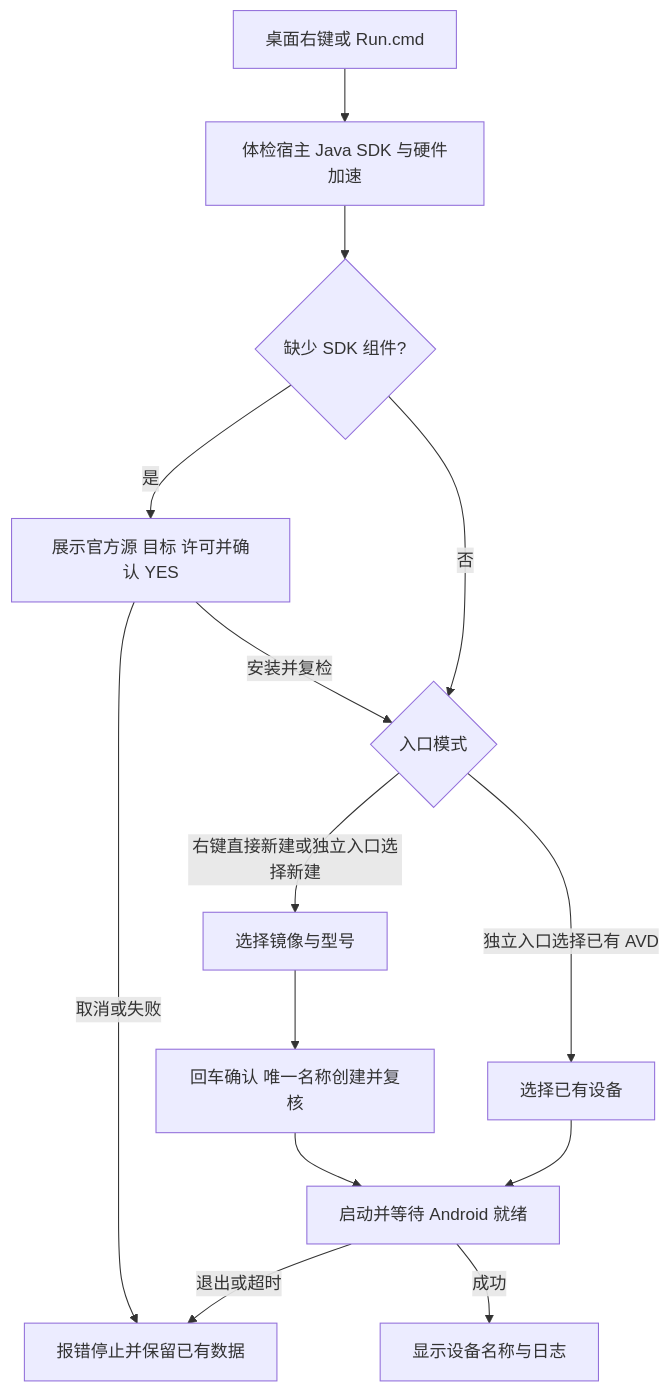
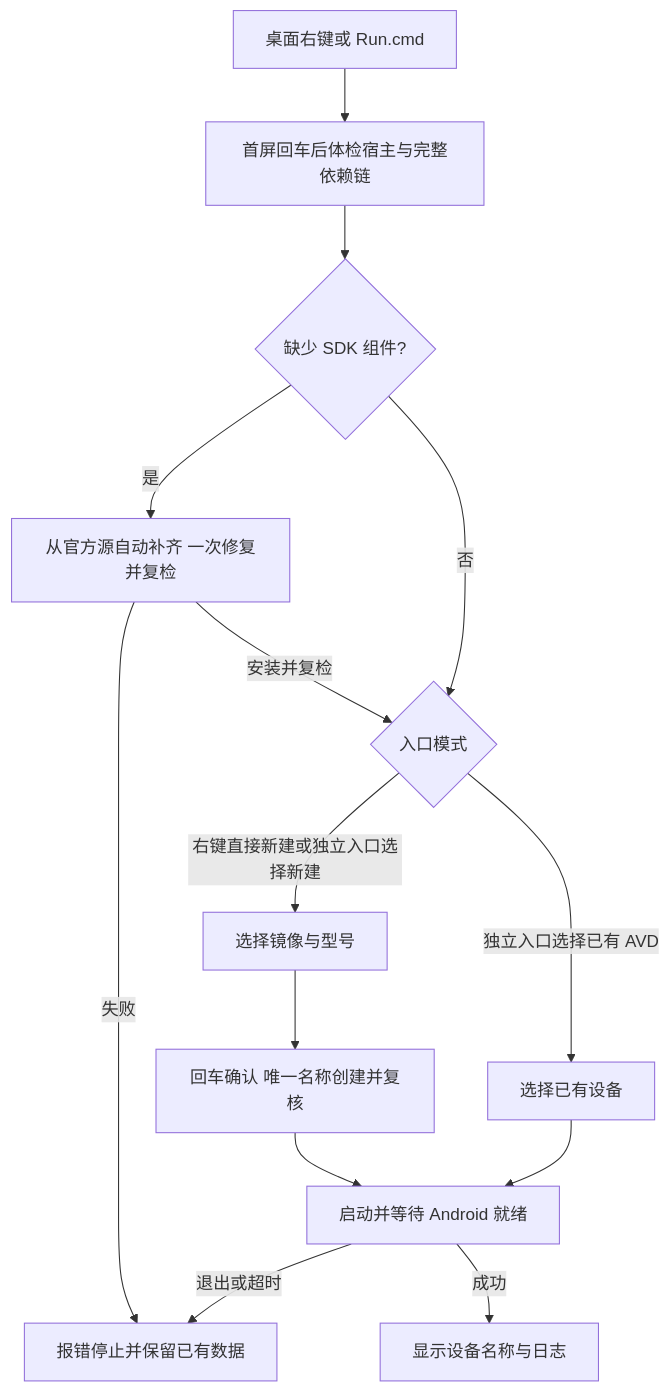
One commit to JobsKits/WindowsOS_Extension changed the diagram in JobsAndroidSimulatorCreator/README.md. Above: the diagram before and after it, drawn with Mermaid. The commit also changed other lines of this file and 36 other files, not shown here.

````diff
--- a/JobsAndroidSimulatorCreator/README.md
+++ b/JobsAndroidSimulatorCreator/README.md
@@ -55,16 +55,16 @@
 ```mermaid
 flowchart TD
-    A[桌面右键或 Run.cmd] --> B[体检宿主 Java SDK 与硬件加速]
+    A[桌面右键或 Run.cmd] --> B[首屏回车后体检宿主与完整依赖链]
     B --> C{缺少 SDK 组件?}
-    C -->|是| D[展示官方源 目标 许可并确认 YES]
-    D -->|取消或失败| X[报错停止并保留已有数据]
+    C -->|是| D[从官方源自动补齐 一次修复并复检]
+    D -->|失败| X[报错停止并保留已有数据]
     D -->|安装并复检| E{入口模式}
     C -->|否| E
     E -->|独立入口选择已有 AVD| F[选择已有设备]
     E -->|右键直接新建或独立入口选择新建| G[选择镜像与型号]
     G --> H[回车确认 唯一名称创建并复核]
     H --> I[启动并等待 Android 就绪]
     F --> I
     I -->|成功| J[显示设备名称与日志]
     I -->|退出或超时| X
 ```
````
